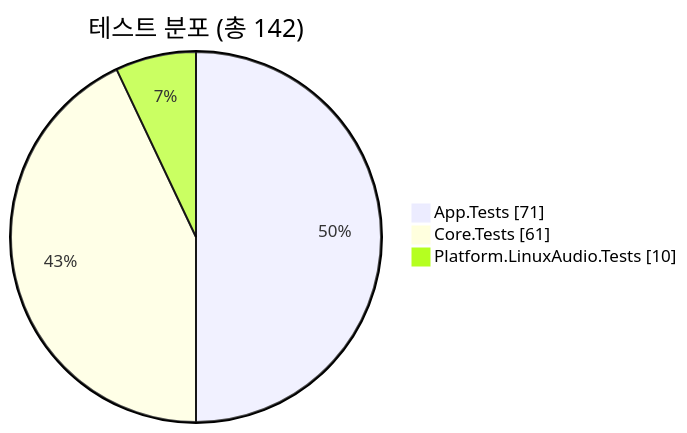
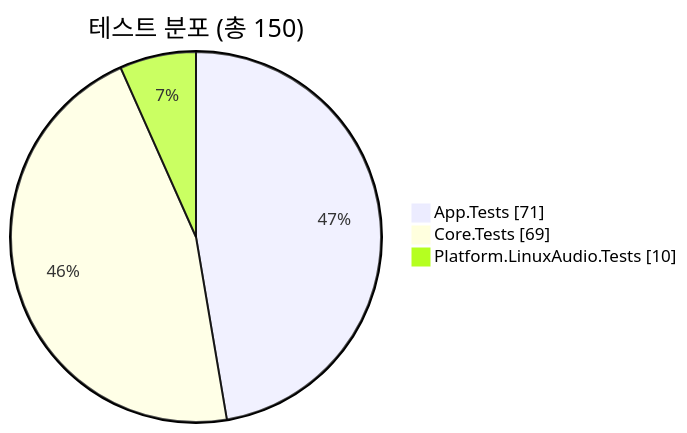
Before and after one commit to Jae-hong-5/tg-dotnet: the fourth of 4 diagrams in README.md, drawn with Mermaid. The commit also changed other lines of this file and 2 other files, not shown here.

Commit message:
test: cover front-end DSP filters and the scope/rate frame projector
- DspTests: high-pass DC blocking + first-sample passthrough + reset; envelope
  full-wave rectification, convergence to magnitude, and gradual smoothing.
- ScopeRateFrameProjectorTests: bounded replace-snapshot scope series, sync flag,
  point-budget stride, and A=green / C=red event marker mapping.
- Update README test count to 150.

````diff
--- a/README.md
+++ b/README.md
@@ -176,7 +176,7 @@
 ```mermaid
 pie showData
-    title 테스트 분포 (총 142)
+    title 테스트 분포 (총 150)
     "App.Tests" : 71
-    "Core.Tests" : 61
+    "Core.Tests" : 69
     "Platform.LinuxAudio.Tests" : 10
 ```
````
